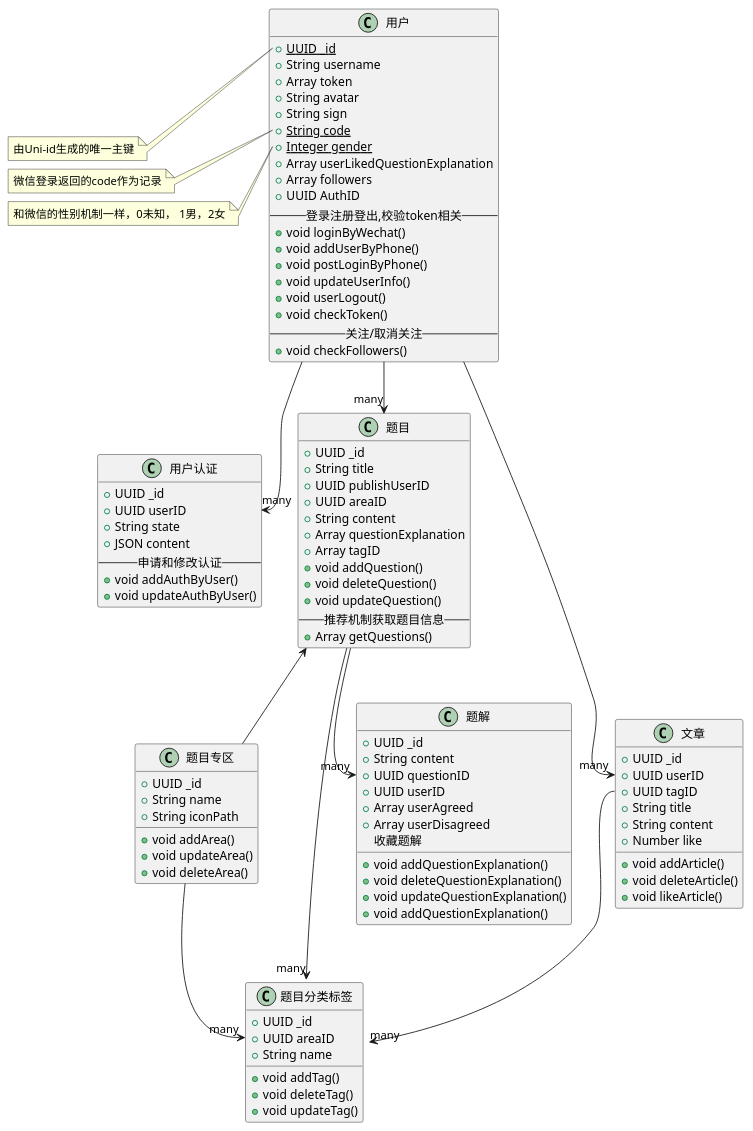
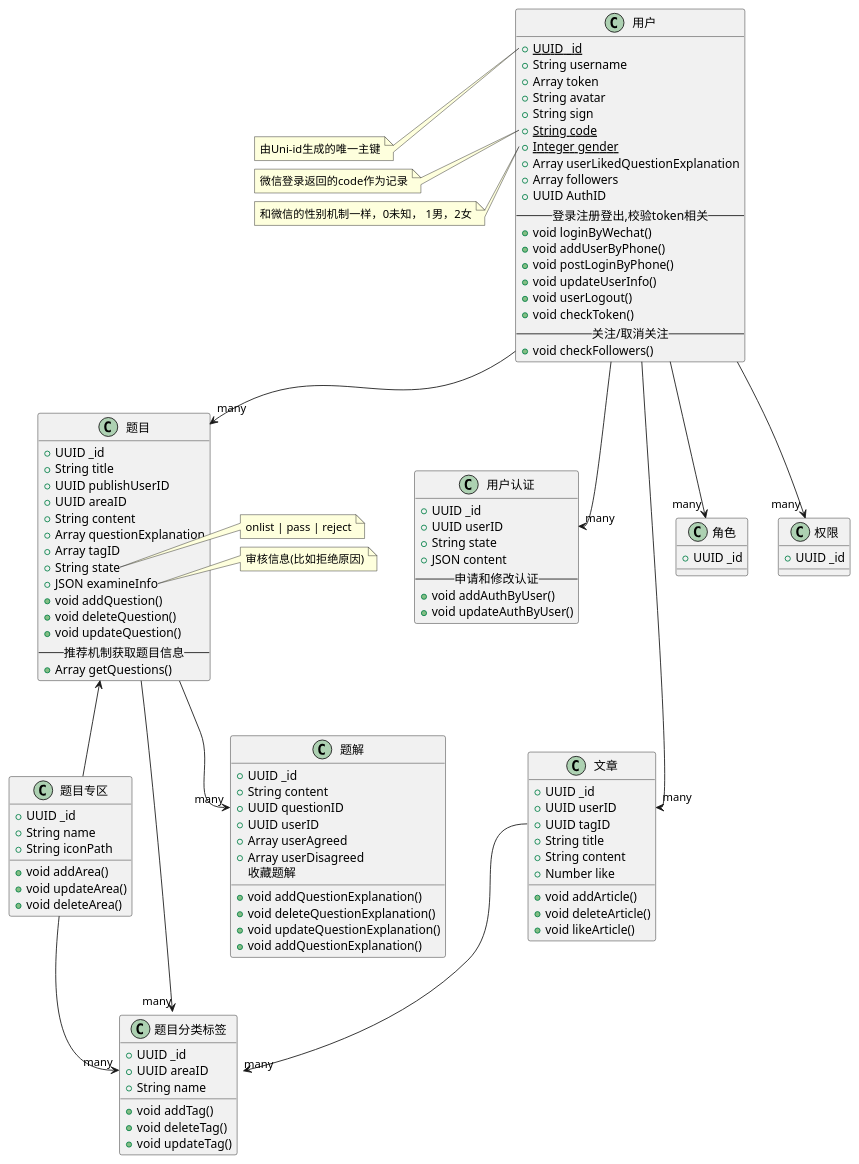
The diagram in doc/db/core.puml (swordjs/app), drawn with PlantUML before and after one commit. The commit also changed 2 other files, not shown here.

```diff
--- a/doc/db/core.puml
+++ b/doc/db/core.puml
@@ -1,106 +1,124 @@
 @startuml
 class 用户 {
     {static} +UUID _id
     +String username
     +Array token
     +String avatar
     +String sign
     {static} +String code
     {static} +Integer gender
     +Array userLikedQuestionExplanation
     +Array followers
     +UUID AuthID
     --登录注册登出,校验token相关--
     +void loginByWechat()
     +void addUserByPhone()
     +void postLoginByPhone()
     +void updateUserInfo()
     +void userLogout()
     +void checkToken()
     --关注/取消关注--
     +void checkFollowers()
 }
 class 用户认证{
     +UUID _id
     +UUID userID
     +String state
     +JSON content
     --申请和修改认证--
     +void addAuthByUser()
     +void updateAuthByUser()
 }
 class 题目专区 {
     +UUID _id
     +String name
     +String iconPath
     +void addArea()
     +void updateArea()
     +void deleteArea()
 }
 class 题目分类标签{
     +UUID _id
     +UUID areaID
     +String name
     +void addTag()
     +void deleteTag()
     +void updateTag()
 }
 class 题目 {
     +UUID _id
     +String title
     +UUID publishUserID
     +UUID areaID
     +String content
     +Array questionExplanation
     +Array tagID
+    +String state
+    +JSON examineInfo
     +void addQuestion()
     +void deleteQuestion()
     +void updateQuestion()
     --推荐机制获取题目信息--
     +Array getQuestions()
 }
 class 题解{
     +UUID _id
     +String content
     +UUID questionID
     +UUID userID
     +Array userAgreed
     +Array userDisagreed
     +void addQuestionExplanation()
     +void deleteQuestionExplanation()
     +void updateQuestionExplanation()
      --收藏题解--
     +void addQuestionExplanation()
 }
 
 
 class 文章{
     +UUID _id
     +UUID userID
     +UUID tagID
     +String title
     +String content
     +Number like
     +void addArticle()
     +void deleteArticle()
     +void likeArticle()
 }
 
+class 角色{
+    +UUID _id
+
+}
+class 权限{
+    +UUID _id
+}
+
 题目专区 --> "many" 题目分类标签::areaID
 用户 --> "many" 题目
 用户 --> "many" 用户认证::userID
 用户 --> "many" 文章::userID
+用户 --> "many" 角色
+用户 --> "many" 权限
 文章::tagID --> "many" 题目分类标签
 题目 --> "many" 题目分类标签
 题目 <-- 题目专区
 题目 --> "many" 题解::questionID
 note left of 用户::_id
 由Uni-id生成的唯一主键
 end note
 note left of 用户::code
 微信登录返回的code作为记录
 end note
 note left of 用户::gender
 和微信的性别机制一样，0未知， 1男，2女
 end note
+note right of 题目::state
+onlist | pass | reject
+end note
+note right of 题目::examineInfo
+审核信息(比如拒绝原因)
+end note
 @enduml
```
